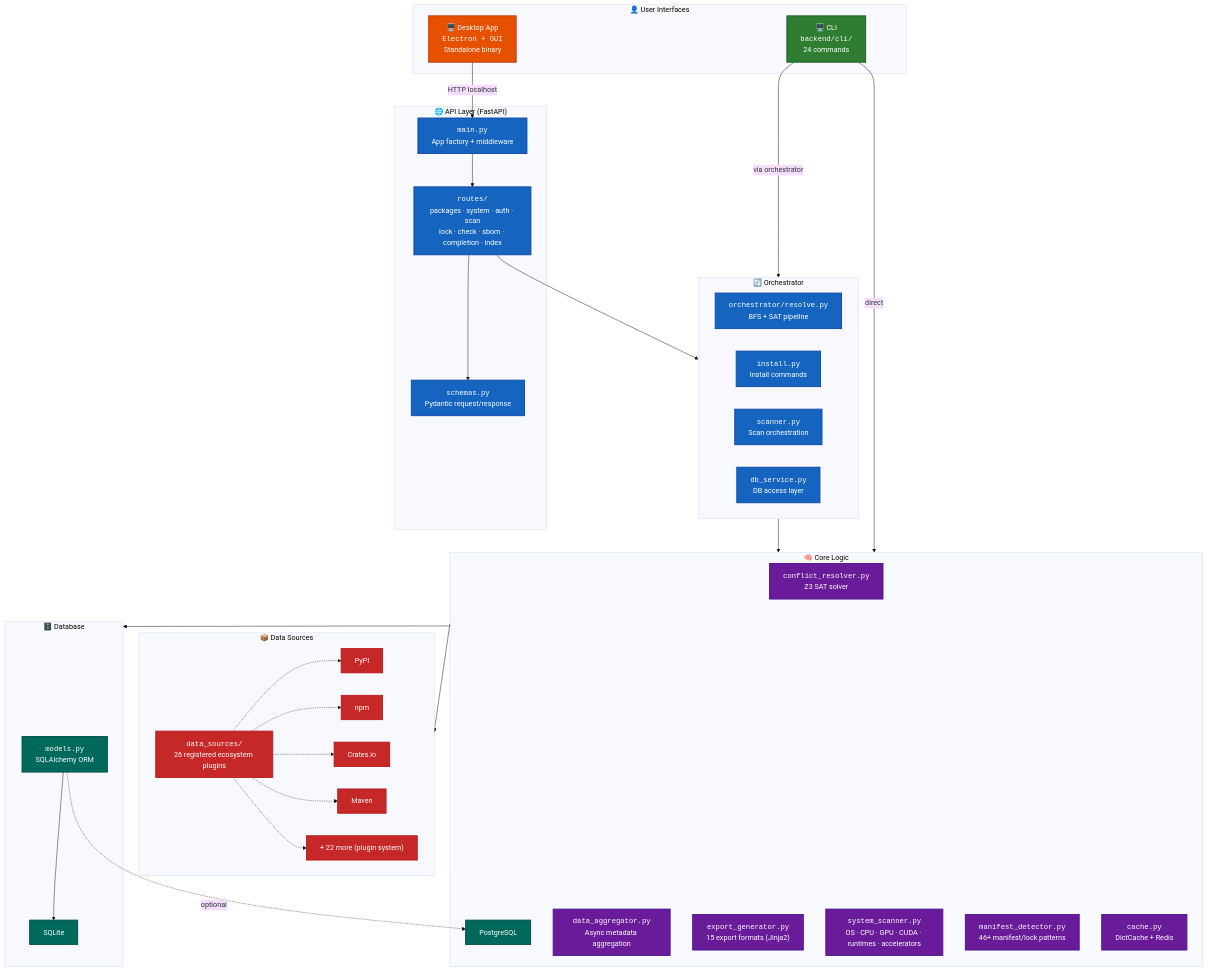
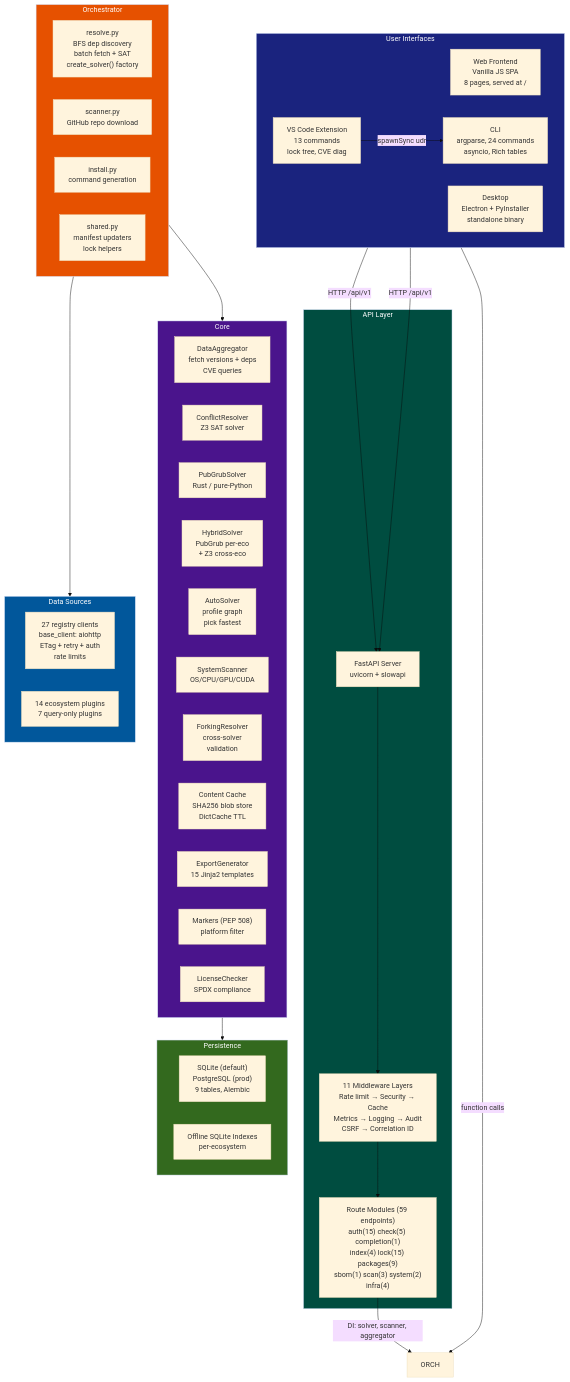
Before and after one commit to code-with-zeeshan/universal-dependency-resolver: the first of 2 diagrams in docs/ARCHITECTURE.md, drawn with Mermaid (base theme). The commit also changed other lines of this file and 19 other files, not shown here.

First line of the commit message:
Docs accuracy sweep: Mermaid diagrams, README rewrite, changelog fixes

````diff
--- a/docs/ARCHITECTURE.md
+++ b/docs/ARCHITECTURE.md
@@ -3,69 +5,69 @@
 ```mermaid
-graph TB
-    subgraph UserLayer["👤 User Interfaces"]
-        CLI["🖥️ CLI<br/><code>backend/cli/</code><br/>24 commands"]:::cli
-        DESKTOP["🖥️ Desktop App<br/><code>Electron + GUI</code><br/>Standalone binary"]:::desktop
+flowchart TD
+    subgraph UI["User Interfaces"]
+        direction LR
+        FE["Web Frontend<br/>Vanilla JS SPA<br/>8 pages, served at /"]
+        VSC["VS Code Extension<br/>13 commands<br/>lock tree, CVE diag"]
+        CLI["CLI<br/>argparse, 24 commands<br/>asyncio, Rich tables"]
+        DESKTOP["Desktop<br/>Electron + PyInstaller<br/>standalone binary"]
     end
 
-    subgraph APILayer["🌐 API Layer (FastAPI)"]
-        API_MAIN["<code>main.py</code><br/>App factory + middleware"]:::api
-        ROUTES["<code>routes/</code><br/>packages · system · auth · scan<br/>lock · check · sbom · completion · index"]:::api
-        SCHEMAS["<code>schemas.py</code><br/>Pydantic request/response"]:::api
+    FE -->|HTTP /api/v1| API
+    VSC -->|spawnSync udr| CLI
+    DESKTOP -->|HTTP /api/v1| API
+
+    CLI -->|function calls| ORCH
+
+    subgraph API_LAYER["API Layer"]
+        API["FastAPI Server<br/>uvicorn + slowapi"]
+        ROUTES["Route Modules (59 endpoints)<br/>auth(15) check(5) completion(1)<br/>index(4) lock(15) packages(9)<br/>sbom(1) scan(3) system(2)<br/>infra(4)"]
+        MW["11 Middleware Layers<br/>Rate limit → Security → Cache<br/>Metrics → Logging → Audit<br/>CSRF → Correlation ID"]
     end
 
-    subgraph OrchestratorLayer["🔄 Orchestrator"]
-        ORCH["<code>orchestrator/resolve.py</code><br/>BFS + SAT pipeline"]:::api
-        O_INSTALL["<code>install.py</code><br/>Install commands"]:::api
-        O_SCANNER["<code>scanner.py</code><br/>Scan orchestration"]:::api
-        O_DB["<code>db_service.py</code><br/>DB access layer"]:::api
+    API --> MW --> ROUTES
+    ROUTES -->|DI: solver, scanner, aggregator| ORCH
+
+    subgraph ORCH_LAYER["Orchestrator"]
+        RESOLVE["resolve.py<br/>BFS dep discovery<br/>batch fetch + SAT<br/>create_solver() factory"]
+        SCANNER["scanner.py<br/>GitHub repo download"]
+        INSTALL["install.py<br/>command generation"]
+        SHARED["shared.py<br/>manifest updaters<br/>lock helpers"]
     end
 
-    subgraph CoreLayer["🧠 Core Logic"]
-        CR["<code>conflict_resolver.py</code><br/>Z3 SAT solver"]:::core
-        PG["<code>pubgrub_solver.py</code><br/>PubGrub solver (Rust-backed)"]:::core
-        DA["<code>data_aggregator.py</code><br/>Async metadata aggregation"]:::core
-        EG["<code>export_generator.py</code><br/>15 export formats (Jinja2)"]:::core
-        SS["<code>system_scanner.py</code><br/>OS · CPU · GPU · CUDA · runtimes · accelerators"]:::core
-        MD["<code>manifest_detector.py</code><br/>46+ manifest/lock patterns"]:::core
-        CACHE["<code>cache.py</code><br/>DictCache + Redis"]:::core
+    ORCH_LAYER --> CORE_LAYER
+    ORCH_LAYER --> DS
+
+    subgraph CORE_LAYER["Core"]
+        direction LR
+        AGGR["DataAggregator<br/>fetch versions + deps<br/>CVE queries"]
+        Z3["ConflictResolver<br/>Z3 SAT solver"]
+        PG["PubGrubSolver<br/>Rust / pure-Python"]
+        HS["HybridSolver<br/>PubGrub per-eco<br/>+ Z3 cross-eco"]
+        AS["AutoSolver<br/>profile graph<br/>pick fastest"]
+        SS["SystemScanner<br/>OS/CPU/GPU/CUDA"]
+        FR["ForkingResolver<br/>cross-solver<br/>validation"]
+        CACHE["Content Cache<br/>SHA256 blob store<br/>DictCache TTL"]
+        EXPORT["ExportGenerator<br/>15 Jinja2 templates"]
+        MARKERS["Markers (PEP 508)<br/>platform filter"]
+        LICENSE["LicenseChecker<br/>SPDX compliance"]
     end
 
-    subgraph DataLayer["📦 Data Sources"]
-        DS_CLIENTS["<code>data_sources/</code><br/>26 registered ecosystem plugins"]:::data
-        PYPI["PyPI"]:::data
-        NPM["npm"]:::data
-        CRATES["Crates.io"]:::data
-        MAVEN["Maven"]:::data
-        MORE["+ 22 more (plugin system)"]:::data
+    subgraph DS["Data Sources"]
+        CLIENTS["27 registry clients<br/>base_client: aiohttp<br/>ETag + retry + auth<br/>rate limits"]
+        PLUGINS["14 ecosystem plugins<br/>7 query-only plugins"]
     end
 
-    subgraph DBLayer["🗄️ Database"]
-        MODELS["<code>models.py</code><br/>SQLAlchemy ORM"]:::db
-        SQLITE["SQLite"]:::db
-        PG["PostgreSQL"]:::db
+    subgraph PERSISTENCE["Persistence"]
+        SQLDB["SQLite (default)<br/>PostgreSQL (prod)<br/>9 tables, Alembic"]
+        OFF["Offline SQLite Indexes<br/>per-ecosystem"]
     end
 
-    DESKTOP -->|"HTTP localhost"| API_MAIN
-    CLI -->|"via orchestrator"| OrchestratorLayer
-    CLI -->|"direct"| CoreLayer
-    API_MAIN --> ROUTES
-    ROUTES --> SCHEMAS
-    ROUTES --> OrchestratorLayer
-    OrchestratorLayer --> CoreLayer
-    CoreLayer --> DataLayer
-    CoreLayer --> DBLayer
-    DS_CLIENTS -.-> PYPI
-    DS_CLIENTS -.-> NPM
-    DS_CLIENTS -.-> CRATES
-    DS_CLIENTS -.-> MAVEN
-    DS_CLIENTS -.-> MORE
-    MODELS --> SQLITE
-    MODELS -.->|"optional"| PG
+    CORE_LAYER --> PERSISTENCE
 
-    classDef cli fill:#2e7d32,color:#fff,stroke:#1b5e20,stroke-width:2px
-    classDef desktop fill:#e65100,color:#fff,stroke:#bf360c,stroke-width:2px
-    classDef api fill:#1565c0,color:#fff,stroke:#0d47a1,stroke-width:2px
-    classDef core fill:#6a1b9a,color:#fff,stroke:#4a148c,stroke-width:2px
-    classDef data fill:#c62828,color:#fff,stroke:#b71c1c,stroke-width:2px
-    classDef db fill:#00695c,color:#fff,stroke:#004d40,stroke-width:2px
+    style UI fill:#1a237e,color:#fff
+    style API_LAYER fill:#004d40,color:#fff
+    style ORCH_LAYER fill:#e65100,color:#fff
+    style CORE_LAYER fill:#4a148c,color:#fff
+    style DS fill:#01579b,color:#fff
+    style PERSISTENCE fill:#33691e,color:#fff
 ```
````
